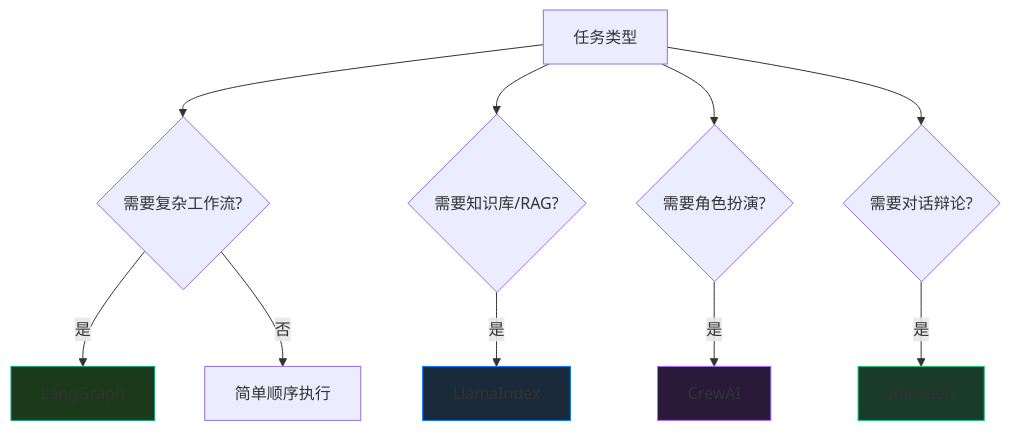
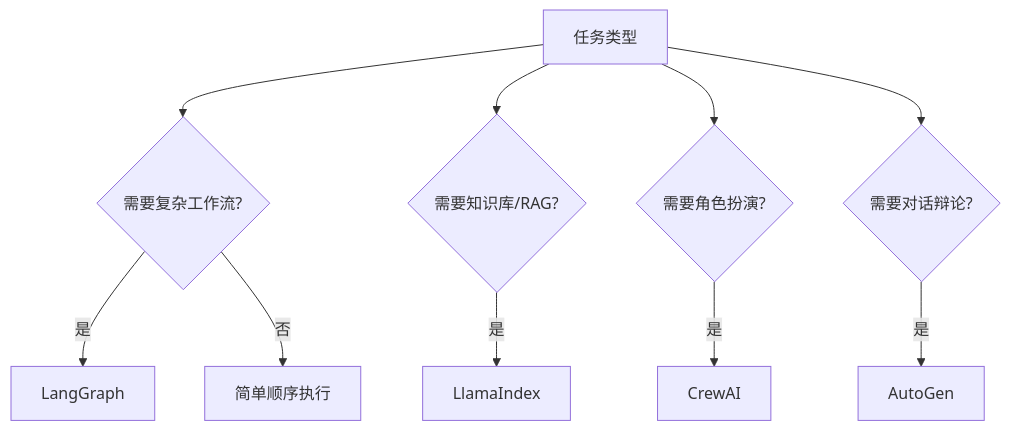
Before and after one commit to yiweinanzi/ai-research-ebook: the diagram in src/content/docs/code/agents.mdx, drawn with Mermaid. The commit also changed other lines of this file and 8 other files, not shown here.

First line of the commit message:
feat: enhance homepage and diagram scripts

````diff
--- a/src/content/docs/code/agents.mdx
+++ b/src/content/docs/code/agents.mdx
@@ -25,19 +25,15 @@
 ```mermaid
 flowchart TD
     A[任务类型] --> B{需要复杂工作流?}
     A --> C{需要知识库/RAG?}
     A --> D{需要角色扮演?}
     A --> E{需要对话辩论?}
 
     B -->|是| F[LangGraph]
     B -->|否| G[简单顺序执行]
 
     C -->|是| H[LlamaIndex]
     D -->|是| I[CrewAI]
     E -->|是| J[AutoGen]
 
-    style F fill:#1a3a1a,stroke:#10a37f
-    style H fill:#1a2a3a,stroke:#007aff
-    style I fill:#2a1a3a,stroke:#ab68ff
-    style J fill:#1a3a2a,stroke:#19c37d
 ```
````
